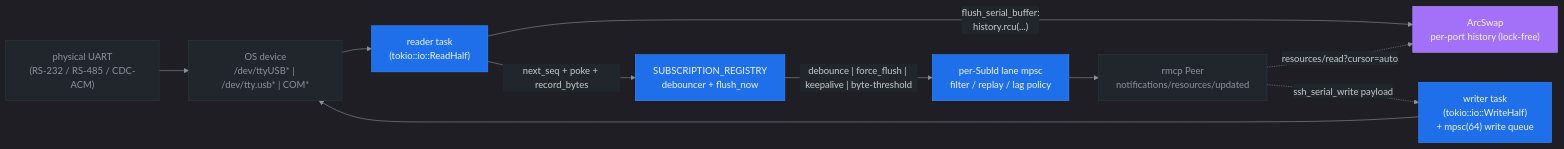
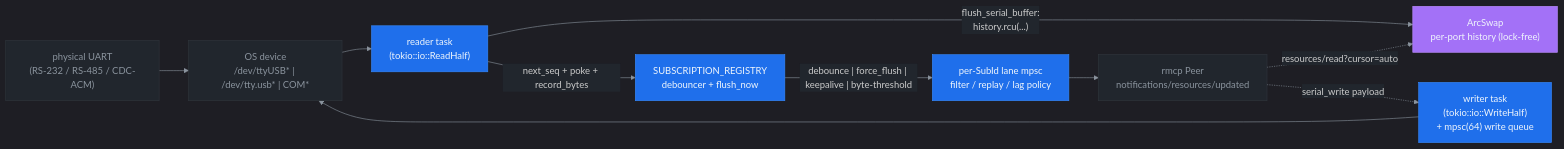
One commit to farchanjo/ssh-mcp changed the diagram in docs/adr/0009-serial-transport.md. Above: the diagram before and after it, drawn with Mermaid. The commit also changed other lines of this file and 61 other files, not shown here.

````diff
--- a/docs/adr/0009-serial-transport.md
+++ b/docs/adr/0009-serial-transport.md
@@ -32,28 +32,28 @@
 ```mermaid
 %%{init: {'theme':'dark','themeVariables':{'primaryColor':'#1f6feb','primaryTextColor':'#f0f6fc','primaryBorderColor':'#388bfd','lineColor':'#8b949e','secondaryColor':'#161b22','tertiaryColor':'#21262d','background':'#0d1117','mainBkg':'#161b22','secondBkg':'#21262d','tertiaryBkg':'#0d1117','nodeTextColor':'#f0f6fc','edgeLabelBackground':'#21262d','clusterBkg':'#161b22','clusterBorder':'#30363d','titleColor':'#f0f6fc'}}}%%
 flowchart LR
     UART["physical UART<br/>(RS-232 / RS-485 / CDC-ACM)"]
     OS["OS device<br/>/dev/ttyUSB* | /dev/tty.usb* | COM*"]
     Reader["reader task<br/>(tokio::io::ReadHalf<SerialStream>)"]
     Writer["writer task<br/>(tokio::io::WriteHalf<SerialStream>)<br/>+ mpsc(64) write queue"]
     History["ArcSwap<RingBuffer><br/>per-port history (lock-free)"]
     Reg["SUBSCRIPTION_REGISTRY<br/>debouncer + flush_now"]
     Lane["per-SubId lane mpsc<br/>filter / replay / lag policy"]
     Peer["rmcp Peer<br/>notifications/resources/updated"]
 
     UART --> OS --> Reader
     Reader -->|"flush_serial_buffer:<br/>history.rcu(...)"| History
     Reader -->|"next_seq + poke + record_bytes"| Reg
     Reg -->|"debounce | force_flush | keepalive | byte-threshold"| Lane
     Lane --> Peer
     Peer -.->|"resources/read?cursor=auto"| History
-    Peer -.->|"ssh_serial_write payload"| Writer
+    Peer -.->|"serial_write payload"| Writer
     Writer --> OS
 
     classDef ext fill:#21262d,color:#8b949e,stroke:#30363d
     classDef ours fill:#1f6feb,color:#f0f6fc,stroke:#388bfd
     classDef hot fill:#a371f7,color:#f0f6fc,stroke:#bc8cff
     class UART,OS,Peer ext
     class Reader,Writer,Reg,Lane ours
     class History hot
 ```
````
